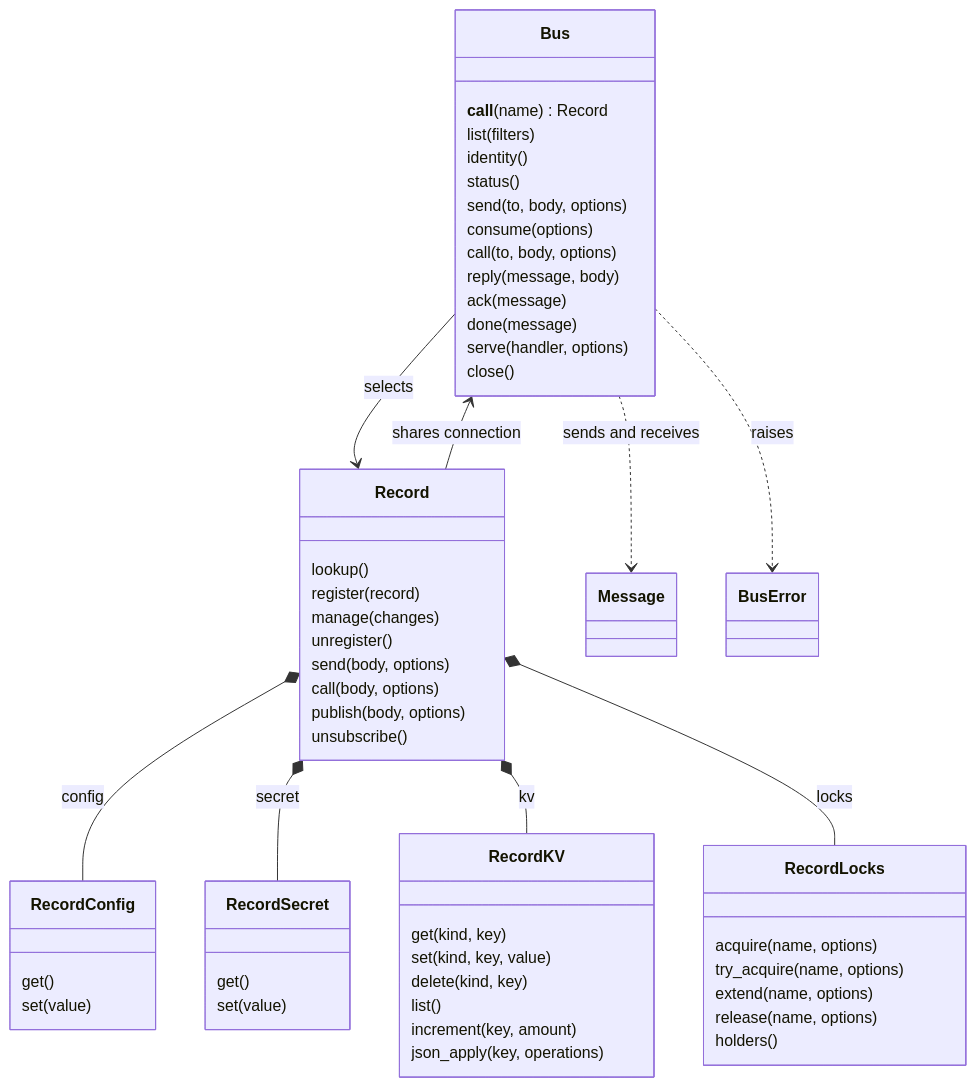
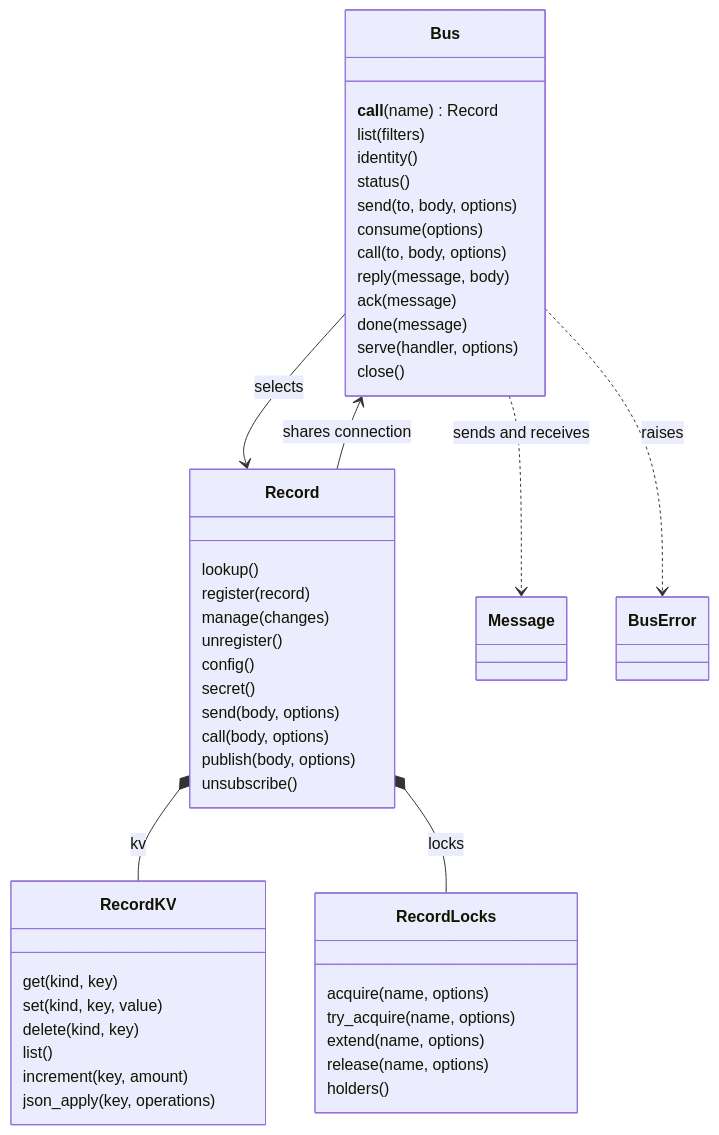
The diagram in Plans/R1.0-Release/client-libraries.md (parf/ai-agent-bus), drawn with Mermaid before and after one commit. The commit also changed other lines of this file, not shown here.

Commit message:
Expose config and secrets as read-only record methods

````diff
--- a/Plans/R1.0-Release/client-libraries.md
+++ b/Plans/R1.0-Release/client-libraries.md
@@ -59,61 +62,53 @@
 ```mermaid
 classDiagram
     class Bus {
         __call__(name) Record
         list(filters)
         identity()
         status()
         send(to, body, options)
         consume(options)
         call(to, body, options)
         reply(message, body)
         ack(message)
         done(message)
         serve(handler, options)
         close()
     }
     class Record {
         lookup()
         register(record)
         manage(changes)
         unregister()
+        config()
+        secret()
         send(body, options)
         call(body, options)
         publish(body, options)
         unsubscribe()
-    }
-    class RecordConfig {
-        get()
-        set(value)
-    }
-    class RecordSecret {
-        get()
-        set(value)
     }
     class RecordKV {
         get(kind, key)
         set(kind, key, value)
         delete(kind, key)
         list()
         increment(key, amount)
         json_apply(key, operations)
     }
     class RecordLocks {
         acquire(name, options)
         try_acquire(name, options)
         extend(name, options)
         release(name, options)
         holders()
     }
     class Message
     class BusError
 
     Bus --> Record : selects
     Record --> Bus : shares connection
-    Record *-- RecordConfig : config
-    Record *-- RecordSecret : secret
     Record *-- RecordKV : kv
     Record *-- RecordLocks : locks
     Bus ..> Message : sends and receives
     Bus ..> BusError : raises
 ```
````
